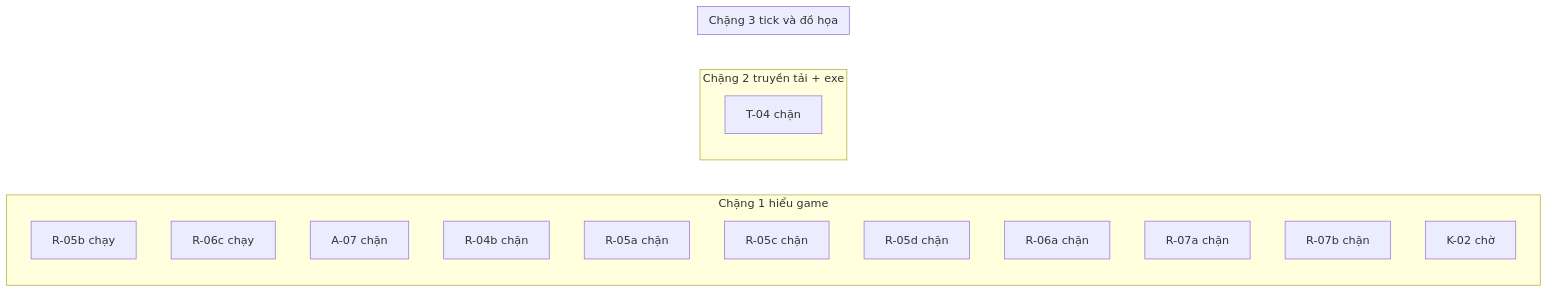
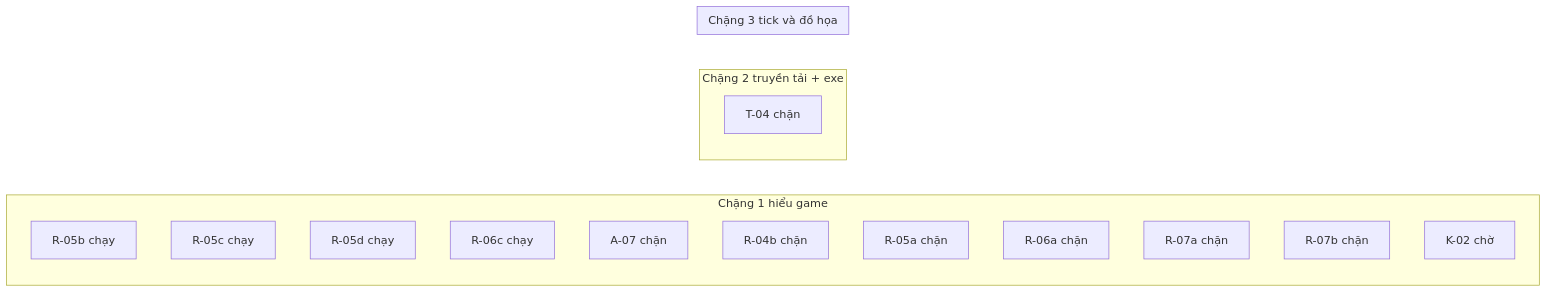
One commit to ndtangoss-dev/jx1-reports changed the diagram in JX1_OPS/STATE/TIEN-DO.md. Above: the diagram before and after it, drawn with Mermaid. The commit also changed other lines of this file and 3 other files, not shown here.

````diff
--- a/JX1_OPS/STATE/TIEN-DO.md
+++ b/JX1_OPS/STATE/TIEN-DO.md
@@ -9,21 +9,21 @@
 ```mermaid
 flowchart LR
   subgraph S1["Chặng 1 hiểu game"]
     R_05b["R-05b chạy"]
+    R_05c["R-05c chạy"]
+    R_05d["R-05d chạy"]
     R_06c["R-06c chạy"]
     A_07["A-07 chặn"]
     R_04b["R-04b chặn"]
     R_05a["R-05a chặn"]
-    R_05c["R-05c chặn"]
-    R_05d["R-05d chặn"]
     R_06a["R-06a chặn"]
     R_07a["R-07a chặn"]
     R_07b["R-07b chặn"]
     K_02["K-02 chờ"]
   end
   subgraph S2["Chặng 2 truyền tải + exe"]
     T_04["T-04 chặn"]
   end
   subgraph S3["Chặng 3 tick và đồ họa"]
   end
 ```
````
